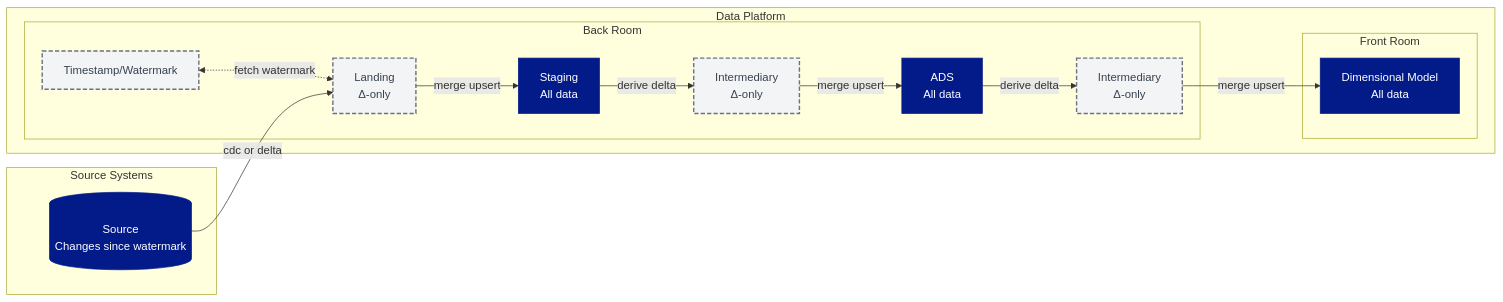
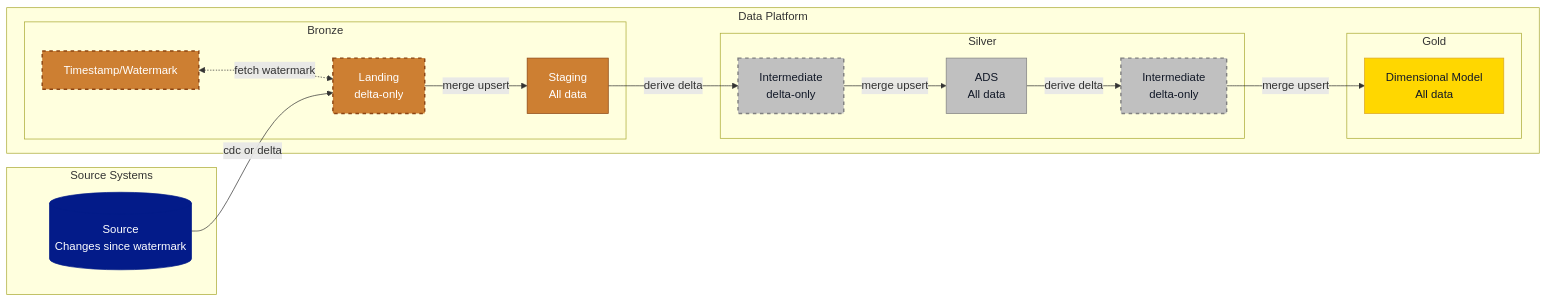
The second of 2 diagrams in Technical Guideline Ops/Architectural Principles/Data Sources & Data Loading.md (PlainsightPro/Vision-Playbook), drawn with Mermaid before and after one commit. The commit also changed other lines of this file and 18 other files, not shown here.

Commit message:
Updated to better align with Bronze/Silver/Gold

````diff
--- a/Technical Guideline Ops/Architectural Principles/Data Sources & Data Loading.md
+++ b/Technical Guideline Ops/Architectural Principles/Data Sources & Data Loading.md
@@ -82,40 +80,40 @@
 ```mermaid
----
-config:
-  theme: forest
-  layout: elk
----
 %%{init: { "flowchart": { "useMaxWidth": true } }}%%
 graph LR
   subgraph Source Systems
     S[(Source<br/>Changes since watermark)]:::all
   end
 
   subgraph Data Platform
-    subgraph Back Room
-      L[Landing<br/>Δ-only]:::delta
-      W[Timestamp/Watermark]:::delta
-      B[Staging<br/>All data]:::all
-      M1[Intermediary<br/>Δ-only]:::delta
-      CONF[ADS<br/>All data]:::all
-      M2[Intermediary<br/>Δ-only]:::delta
+    subgraph Bronze
+      L[Landing<br/>delta-only]:::bronzeOptional
+      W[Timestamp/Watermark]:::bronzeOptional
+      B[Staging<br/>All data]:::bronze
     end
-    subgraph Front Room
-      D[Dimensional Model<br/>All data]:::all
+    subgraph Silver
+      M1[Intermediate<br/>delta-only]:::silverOptional
+      CONF[ADS<br/>All data]:::silver
+      M2[Intermediate<br/>delta-only]:::silverOptional
+    end
+    subgraph Gold
+      D[Dimensional Model<br/>All data]:::gold
     end
   end
 
 %% Flows
 W <-.->|fetch watermark| L
 S -->|cdc or delta| L
 L -->|merge upsert| B
 B -->|derive delta| M1
 M1 -->|merge upsert| CONF
 CONF -->|derive delta| M2
 M2 -->|merge upsert| D
 
-
 %% Styles
-classDef delta fill:#F3F4F6,stroke:#6B7280,stroke-width:2px,stroke-dasharray:6 3,color:#374151;
+classDef bronze fill:#CD7F32,stroke:#8B4513,stroke-width:1px,color:#FFFFFF;
+classDef bronzeOptional fill:#CD7F32,stroke:#8B4513,stroke-width:2px,stroke-dasharray:5 5,color:#FFFFFF;
+classDef silver fill:#C0C0C0,stroke:#808080,stroke-width:1px,color:#111827;
+classDef silverOptional fill:#C0C0C0,stroke:#808080,stroke-width:2px,stroke-dasharray:5 5,color:#111827;
+classDef gold fill:#FFD700,stroke:#DAA520,stroke-width:1px,color:#111827;
 classDef all fill:#031B89,stroke:#031B89,stroke-width:1px,color:#FFFFFF;
 ```
````
